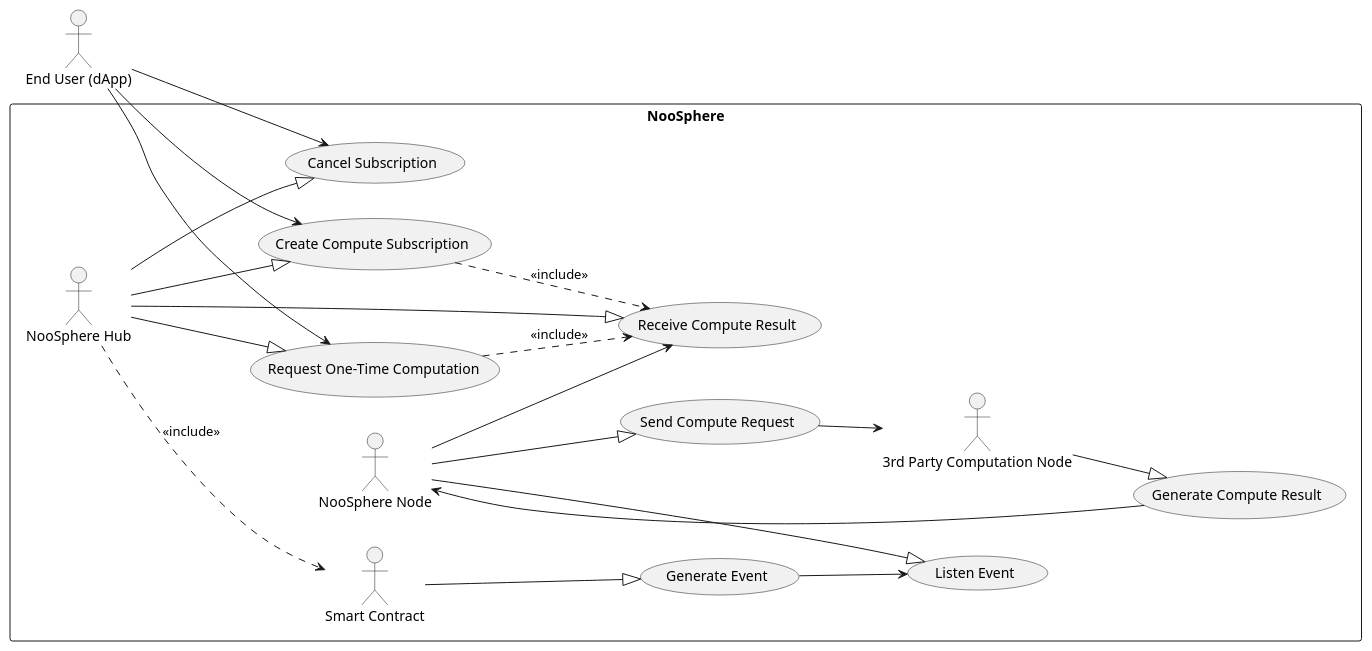
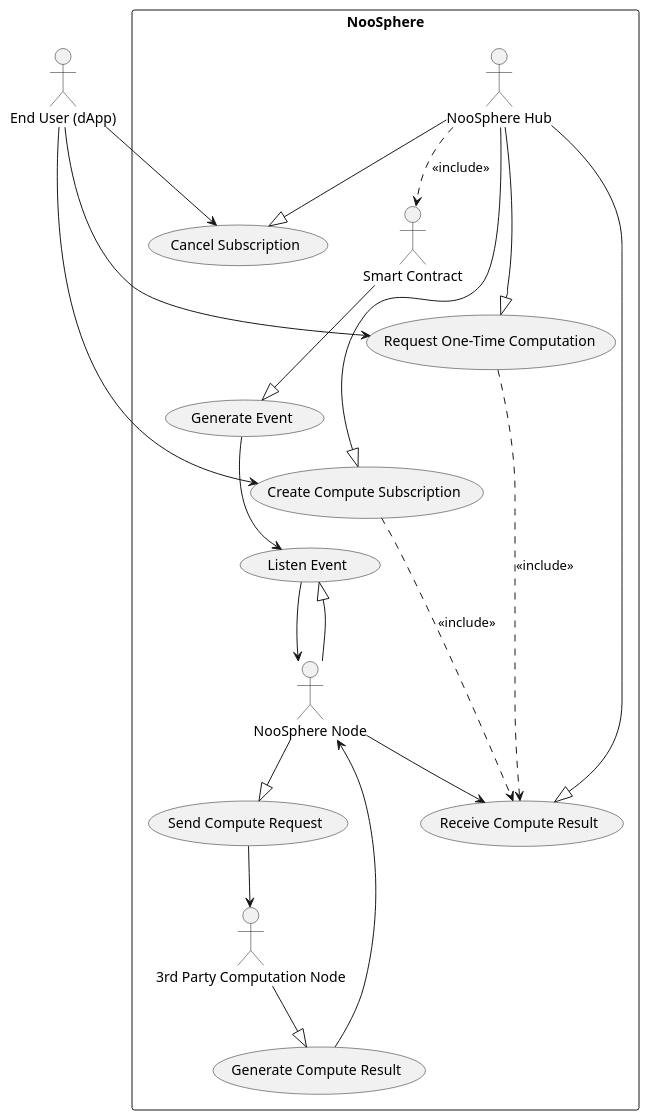
One commit to hpp-io/noosphere changed the diagram in NooSphere_Use_Case_2.puml. Above: the diagram before and after it, drawn with PlantUML.

Commit message:
HPP-14, HPP-1 added use case diagram

```diff
--- a/NooSphere_Use_Case_2.puml
+++ b/NooSphere_Use_Case_2.puml
@@ -1,55 +1,56 @@
 @startuml
-left to right direction
+top to bottom direction
 
 actor "End User (dApp)" as User
 
 rectangle "NooSphere" {
   actor "NooSphere Hub" as Hub
   actor "Smart Contract" as Contract
   actor "NooSphere Node" as Node
   actor "3rd Party Computation Node" as CNode
 
   usecase "Request One-Time Computation" as UC1
   usecase "Create Compute Subscription" as UC2
   usecase "Cancel Subscription" as UC3
   usecase "Receive Compute Result" as UC4
   usecase "Send Compute Request" as UC5
   usecase "Generate Event" as UC7
   usecase "Listen Event" as UC8
   usecase "Generate Compute Result" as UC9
 }
 
 User --> UC1
 User --> UC2
 User --> UC3
 
 'note left of UC1: Node is actively listening for events from the Ritual contracts on-chain.
 
 Hub --|> UC1
 Hub --|> UC2
 Hub --|> UC3
 Hub --|> UC4
 Node --|> UC5
 UC7 --> UC8
 Contract --|> UC7
 Node --|> UC8
+UC8 --> Node
 
 
 'Contract --|> UC1
 'Contract --|> UC2
 'Contract --|> UC3
 'Contract --|> UC4
 
 UC1 ..> UC4 : <<include>>
 UC2 ..> UC4 : <<include>>
 Hub ..> Contract : <<include>>
 
 CNode --|> UC9
 'CNode ..> UC9 : <<delivers>>
 'UC6 ..> UC9 : <<delivers>>
 UC9 --> Node
 
 UC5 --> CNode
 Node --> UC4
 
 @enduml
```
